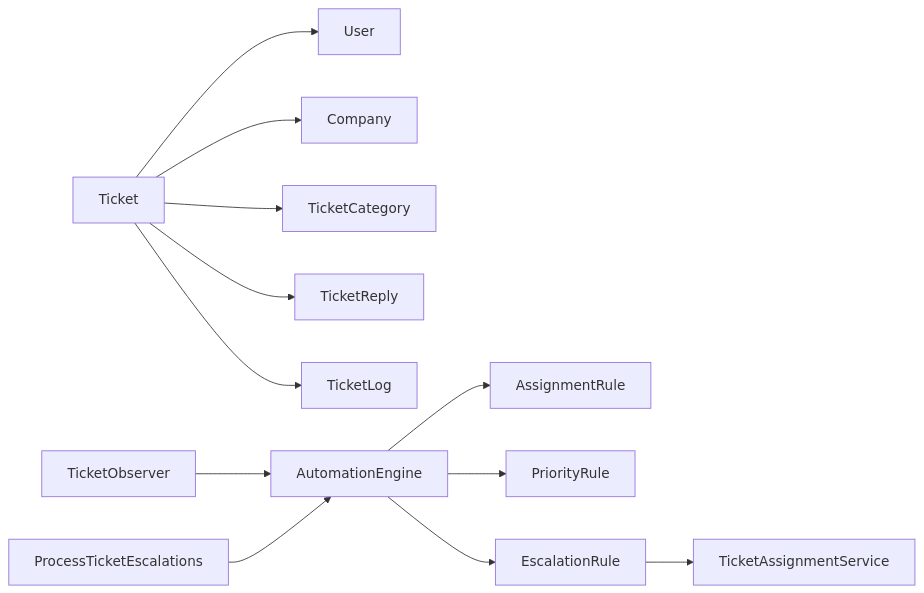
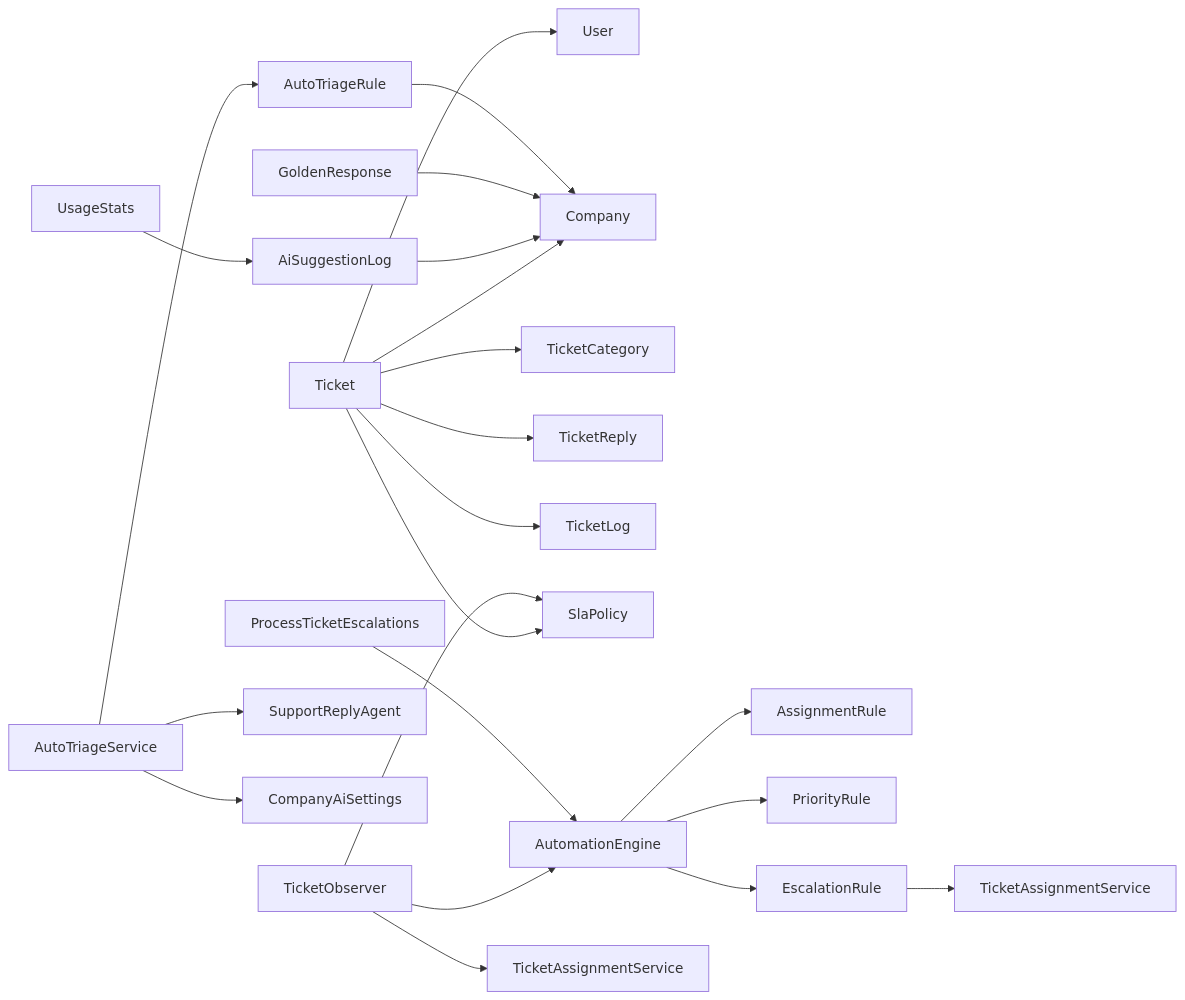
One commit to younesgamer68/helpdesk-system changed the ninth of 9 diagrams in .qoder/repowiki/en/content/Ticket Management System/Ticket Lifecycle & Status Management.md. Above: the diagram before and after it, drawn with Mermaid. The commit also changed other lines of this file and 210 other files, not shown here.

````diff
--- a/.qoder/repowiki/en/content/Ticket Management System/Ticket Lifecycle & Status Management.md
+++ b/.qoder/repowiki/en/content/Ticket Management System/Ticket Lifecycle & Status Management.md
@@ -337,14 +537,24 @@
 ```mermaid
 graph LR
 Ticket["Ticket"] --> User["User"]
 Ticket --> Company["Company"]
 Ticket --> Category["TicketCategory"]
 Ticket --> Reply["TicketReply"]
 Ticket --> Log["TicketLog"]
+Ticket --> SlaPolicy["SlaPolicy"]
+AiSuggestionLog["AiSuggestionLog"] --> Company
+GoldenResponse["GoldenResponse"] --> Company
+AutoTriageRule["AutoTriageRule"] --> Company
 Observer["TicketObserver"] --> Engine["AutomationEngine"]
+Observer --> SlaPolicy
+Observer --> TicketAssignmentService
 Engine --> RuleA["AssignmentRule"]
 Engine --> RuleP["PriorityRule"]
 Engine --> RuleE["EscalationRule"]
 RuleE --> AssignSvc["TicketAssignmentService"]
+AutoTriageService --> SupportReplyAgent
+AutoTriageService --> AutoTriageRule
+AutoTriageService --> CompanyAiSettings
 CLI["ProcessTicketEscalations"] --> Engine
+UsageStats["UsageStats"] --> AiSuggestionLog
 ```
````
